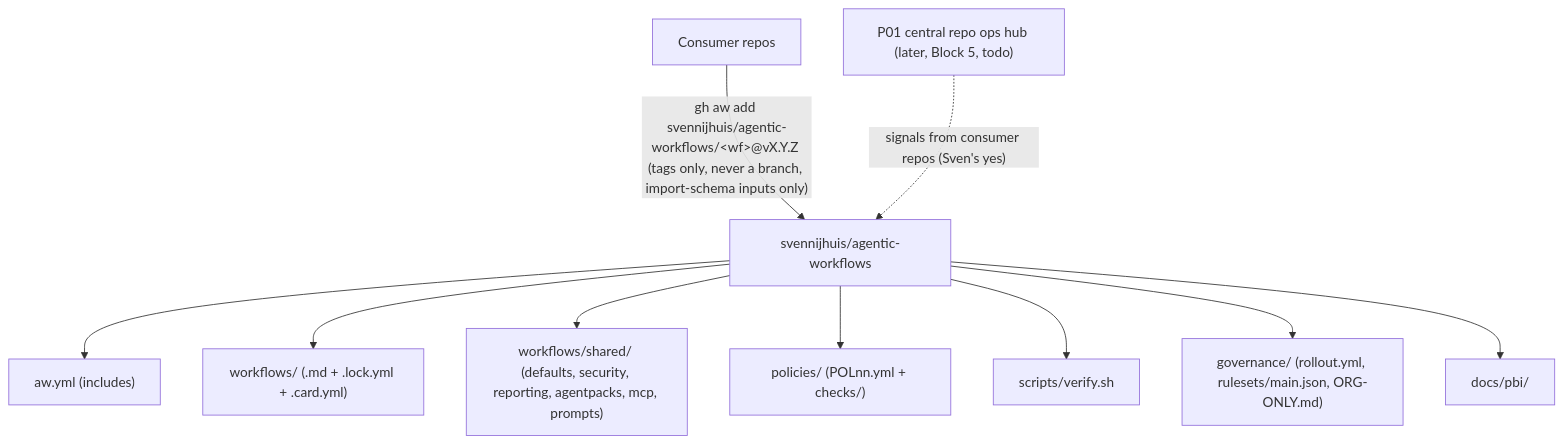
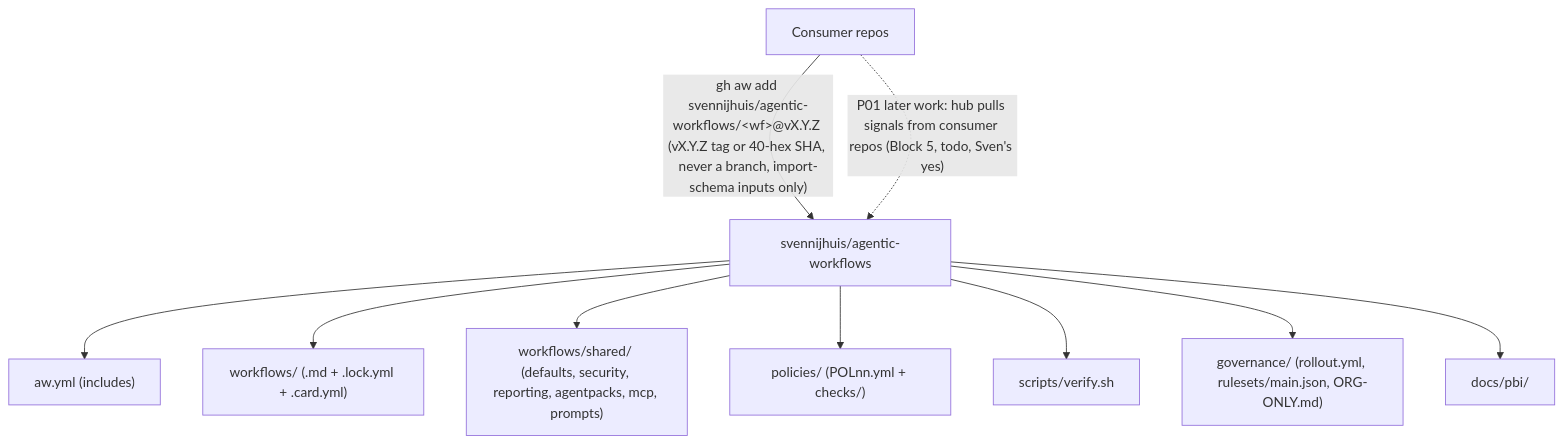
The first of 2 diagrams in governance/ORG-ONLY.md (svennijhuis/agentic-workflows), drawn with Mermaid before and after one commit. The commit also changed other lines of this file and 3 other files, not shown here.

````diff
--- a/governance/ORG-ONLY.md
+++ b/governance/ORG-ONLY.md
@@ -11,15 +11,14 @@
 ```mermaid
 flowchart TB
   Hub["svennijhuis/agentic-workflows"]
   Hub --> AwYml["aw.yml (includes)"]
   Hub --> Wf["workflows/ (.md + .lock.yml + .card.yml)"]
   Hub --> Shared["workflows/shared/ (defaults, security, reporting, agentpacks, mcp, prompts)"]
   Hub --> Pol["policies/ (POLnn.yml + checks/)"]
   Hub --> Verify["scripts/verify.sh"]
   Hub --> Gov["governance/ (rollout.yml, rulesets/main.json, ORG-ONLY.md)"]
   Hub --> Pbi["docs/pbi/"]
   Cons["Consumer repos"]
-  Cons -->|"gh aw add svennijhuis/agentic-workflows/#lt;wf#gt;@vX.Y.Z (tags only, never a branch, import-schema inputs only)"| Hub
-  P01["P01 central repo ops hub (later, Block 5, todo)"]
-  P01 -.->|"signals from consumer repos (Sven's yes)"| Hub
+  Cons -->|"gh aw add svennijhuis/agentic-workflows/#lt;wf#gt;@vX.Y.Z (vX.Y.Z tag or 40-hex SHA, never a branch, import-schema inputs only)"| Hub
+  Cons -.->|"P01 later work: hub pulls signals from consumer repos (Block 5, todo, Sven's yes)"| Hub
 ```
````
